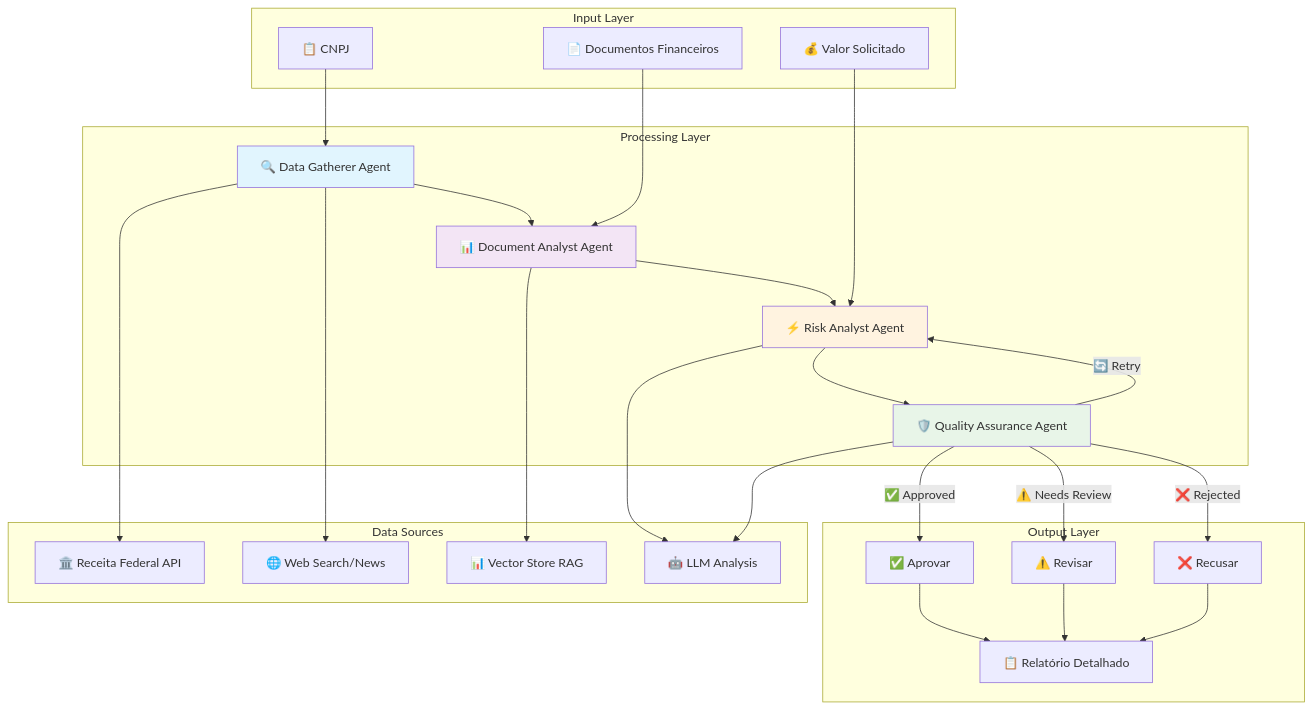
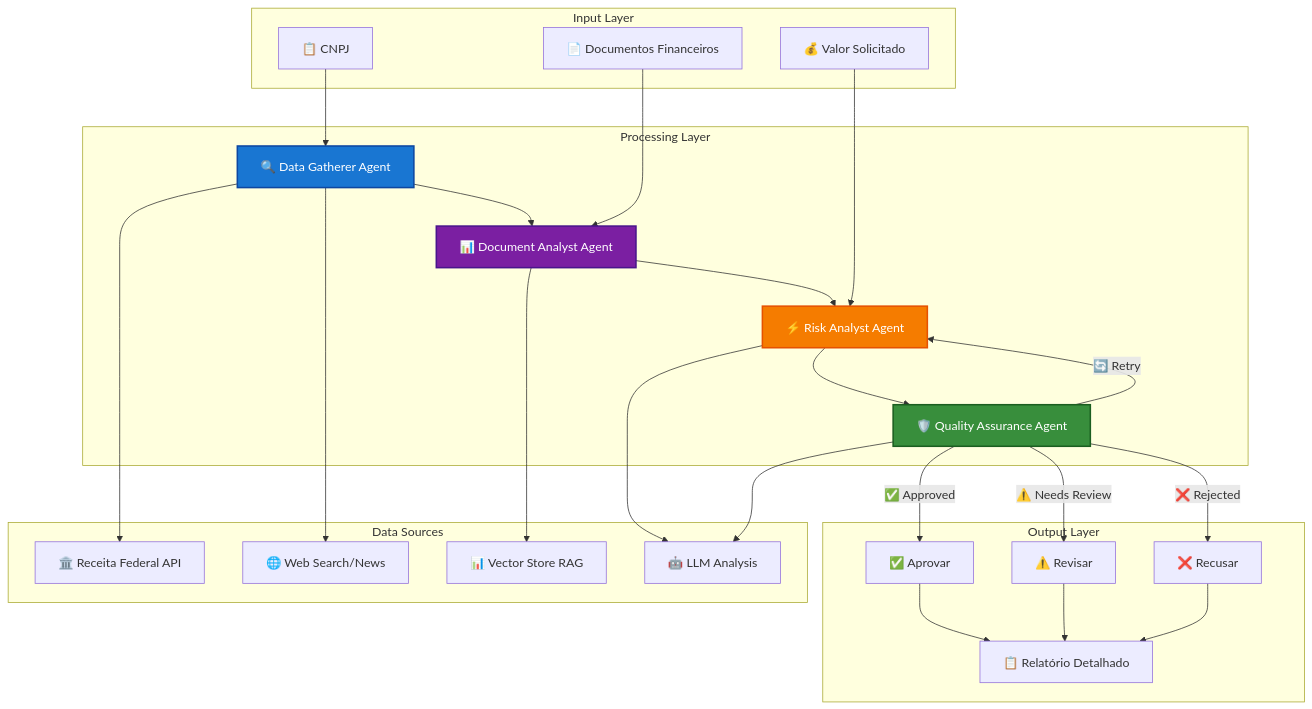
Before and after one commit to gregorizeidler/multi-agent-credit-analysis: the first of 4 diagrams in README.md, drawn with Mermaid. The commit also changed other lines of this file, not shown here.

First line of the commit message:
docs: melhorar README - roadmap 2025 + diagramas com melhor contraste

````diff
--- a/README.md
+++ b/README.md
@@ -27,57 +27,57 @@
 ```mermaid
 graph TB
     subgraph "Input Layer"
         A[📋 CNPJ]
         B[📄 Documentos Financeiros]
         C[💰 Valor Solicitado]
     end
     
     subgraph "Processing Layer"
         D[🔍 Data Gatherer Agent]
         E[📊 Document Analyst Agent] 
         F[⚡ Risk Analyst Agent]
         G[🛡️ Quality Assurance Agent]
     end
     
     subgraph "Data Sources"
         H[🏛️ Receita Federal API]
         I[🌐 Web Search/News]
         J[📊 Vector Store RAG]
         K[🤖 LLM Analysis]
     end
     
     subgraph "Output Layer"
         L[✅ Aprovar]
         M[⚠️ Revisar] 
         N[❌ Recusar]
         O[📋 Relatório Detalhado]
     end
     
     A --> D
     B --> E
     C --> F
     
     D --> H
     D --> I
     E --> J
     F --> K
     G --> K
     
     D --> E
     E --> F
     F --> G
     
     G -->|✅ Approved| L
     G -->|⚠️ Needs Review| M
     G -->|❌ Rejected| N
     G -->|🔄 Retry| F
     
     L --> O
     M --> O
     N --> O
     
-    style D fill:#e1f5fe
-    style E fill:#f3e5f5
-    style F fill:#fff3e0
-    style G fill:#e8f5e8
+    style D fill:#1976d2,stroke:#0d47a1,stroke-width:2px,color:#fff
+    style E fill:#7b1fa2,stroke:#4a148c,stroke-width:2px,color:#fff
+    style F fill:#f57c00,stroke:#e65100,stroke-width:2px,color:#fff
+    style G fill:#388e3c,stroke:#1b5e20,stroke-width:2px,color:#fff
 ```
````
